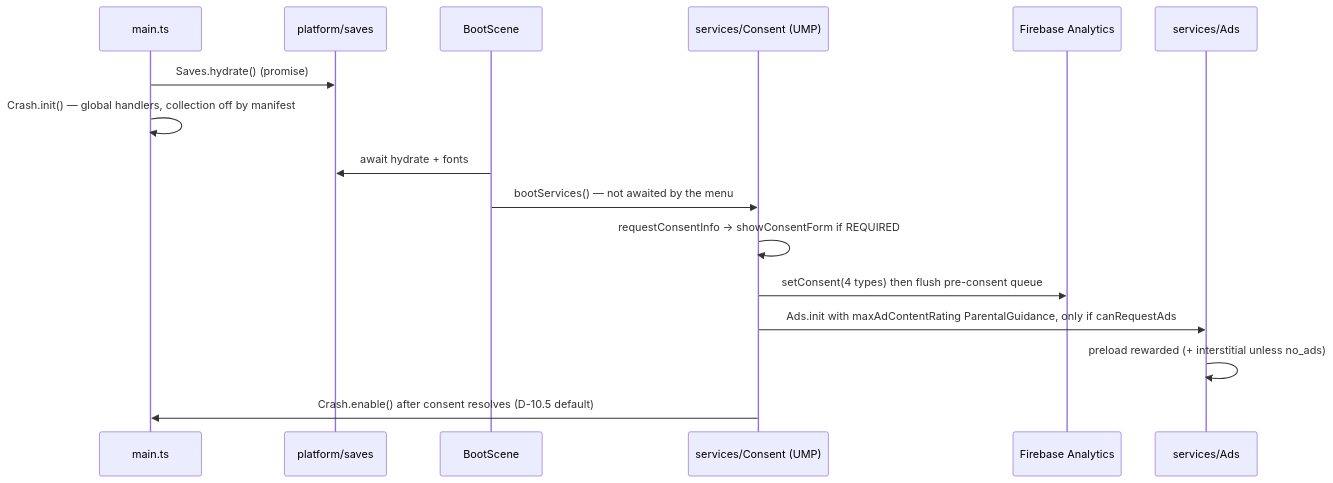
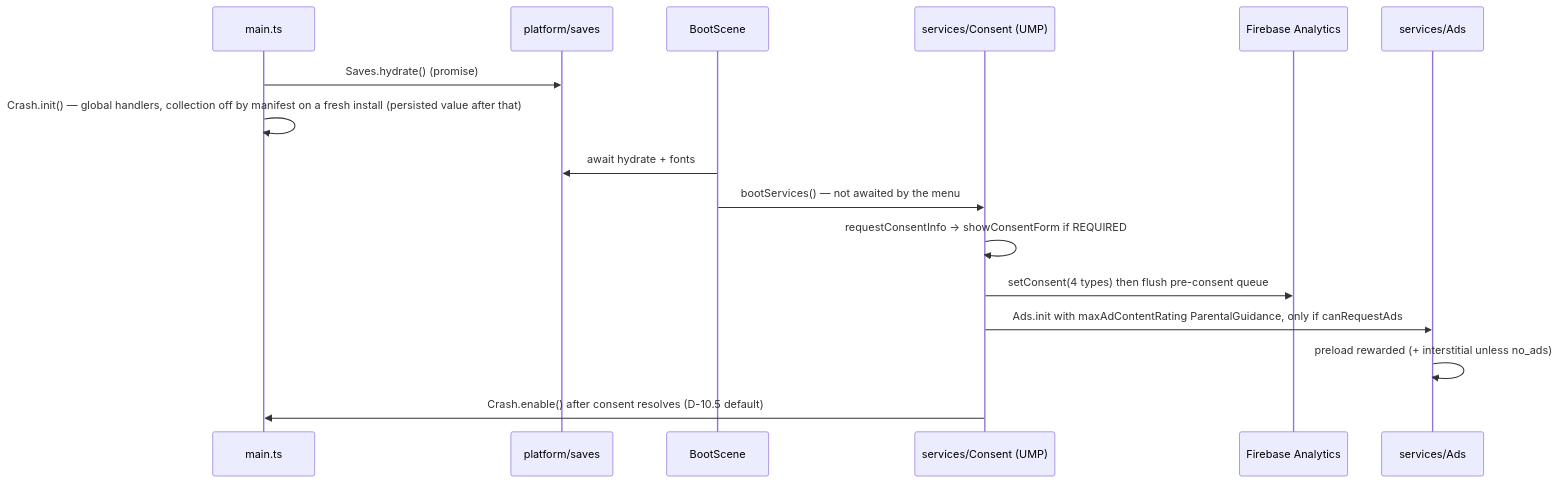
The second of 5 diagrams in docs/architecture/TECHNICAL-ARCHITECTURE.md (taysh123/Gravity-Game), drawn with Mermaid before and after one commit. The commit also changed other lines of this file and 17 other files, not shown here.

````diff
--- a/docs/architecture/TECHNICAL-ARCHITECTURE.md
+++ b/docs/architecture/TECHNICAL-ARCHITECTURE.md
@@ -221,18 +222,18 @@
 ```mermaid
 sequenceDiagram
   participant M as main.ts
   participant S as platform/saves
   participant B as BootScene
   participant C as services/Consent (UMP)
   participant FA as Firebase Analytics
   participant AD as services/Ads
   M->>S: Saves.hydrate() (promise)
-  M->>M: Crash.init() — global handlers, collection off by manifest
+  M->>M: Crash.init() — global handlers, collection off by manifest on a fresh install (persisted value after that)
   B->>S: await hydrate + fonts
   B->>C: bootServices() — not awaited by the menu
   C->>C: requestConsentInfo → showConsentForm if REQUIRED
   C->>FA: setConsent(4 types) then flush pre-consent queue
   C->>AD: Ads.init with maxAdContentRating ParentalGuidance, only if canRequestAds
   AD->>AD: preload rewarded (+ interstitial unless no_ads)
   C->>M: Crash.enable() after consent resolves (D-10.5 default)
 ```
````
